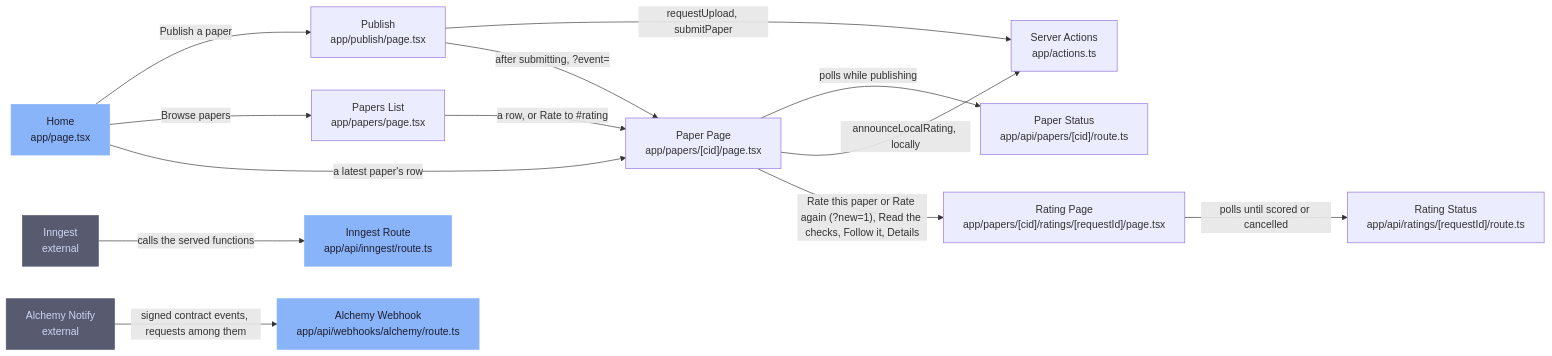
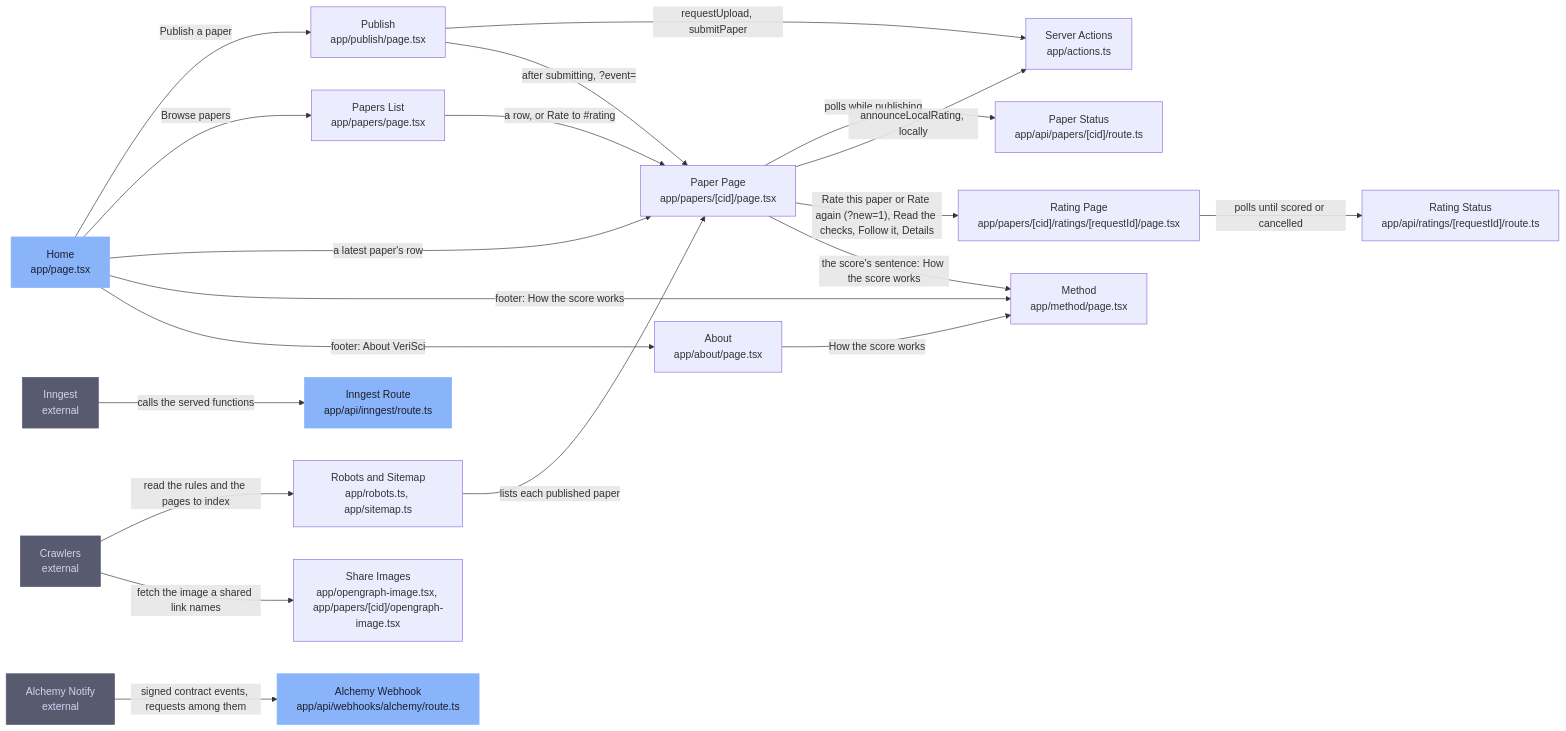
Before and after one commit to SiegfriedBz/labstrail: the diagram in .omm/route-page-map/diagram.mmd, drawn with Mermaid. The commit also changed 135 other files, not shown here.

```diff
--- a/.omm/route-page-map/diagram.mmd
+++ b/.omm/route-page-map/diagram.mmd
@@ -1,17 +1,24 @@
 graph LR
     home["Home\napp/page.tsx"] -->|"Publish a paper"| publish["Publish\napp/publish/page.tsx"]
     home -->|"Browse papers"| papers["Papers List\napp/papers/page.tsx"]
     home -->|"a latest paper's row"| paper["Paper Page\napp/papers/[cid]/page.tsx"]
     papers -->|"a row, or Rate to #rating"| paper
     publish -->|"requestUpload, submitPaper"| server-actions["Server Actions\napp/actions.ts"]
     publish -->|"after submitting, ?event=<id>"| paper
     paper -->|"polls while publishing"| api-papers["Paper Status\napp/api/papers/[cid]/route.ts"]
     paper -->|"announceLocalRating, locally"| server-actions
     paper -->|"Rate this paper or Rate again (?new=1), Read the checks, Follow it, Details"| rating["Rating Page\napp/papers/[cid]/ratings/[requestId]/page.tsx"]
     rating -->|"polls until scored or cancelled"| api-ratings["Rating Status\napp/api/ratings/[requestId]/route.ts"]
+    home -->|"footer: How the score works"| method["Method\napp/method/page.tsx"]
+    home -->|"footer: About VeriSci"| about["About\napp/about/page.tsx"]
+    paper -->|"the score's sentence: How the score works"| method
+    about -->|"How the score works"| method
+    crawlers["Crawlers\nexternal"] -->|"read the rules and the pages to index"| crawl["Robots and Sitemap\napp/robots.ts, app/sitemap.ts"]
+    crawl -->|"lists each published paper"| paper
+    crawlers -->|"fetch the image a shared link names"| share-images["Share Images\napp/opengraph-image.tsx, app/papers/[cid]/opengraph-image.tsx"]
     inngest["Inngest\nexternal"] -->|"calls the served functions"| inngest-route["Inngest Route\napp/api/inngest/route.ts"]
     alchemy-notify["Alchemy Notify\nexternal"] -->|"signed contract events, requests among them"| api-webhooks["Alchemy Webhook\napp/api/webhooks/alchemy/route.ts"]
     classDef entry fill:#89b4fa,stroke:#89b4fa,color:#1e1e2e
     classDef external fill:#585b70,stroke:#585b70,color:#cdd6f4
     class home,inngest-route,api-webhooks entry
-    class inngest,alchemy-notify external
+    class inngest,alchemy-notify,crawlers external
```
